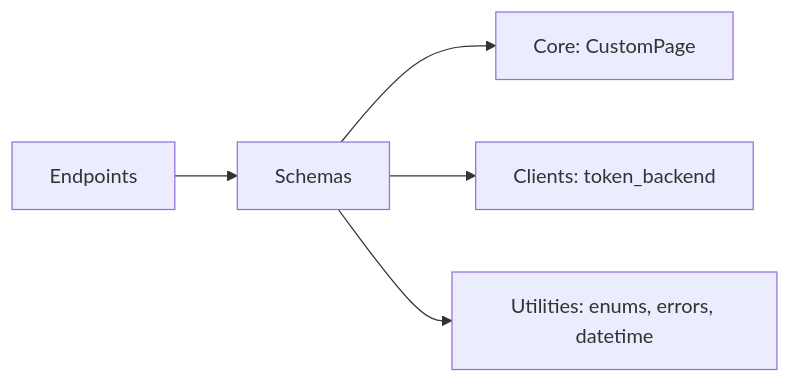
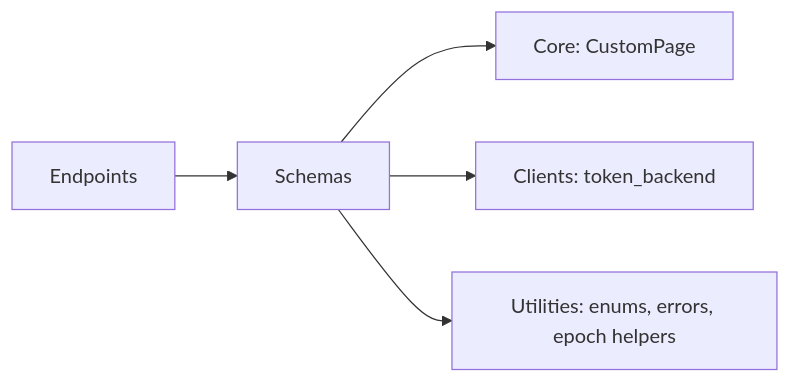
Before and after one commit to Tap2Cloud/backend-public: the second of 2 diagrams in docs/wiki/schemas.md, drawn with Mermaid. The commit also changed other lines of this file and 15 other files, not shown here.

````diff
--- a/docs/wiki/schemas.md
+++ b/docs/wiki/schemas.md
@@ -62,7 +67,7 @@
 ```mermaid
 graph LR
   Schemas --> CorePagination[Core: CustomPage]
   Schemas --> Clients[Clients: token_backend]
-  Schemas --> Utils[Utilities: enums, errors, datetime]
+  Schemas --> Utils[Utilities: enums, errors, epoch helpers]
   Endpoints --> Schemas
 ```
````
